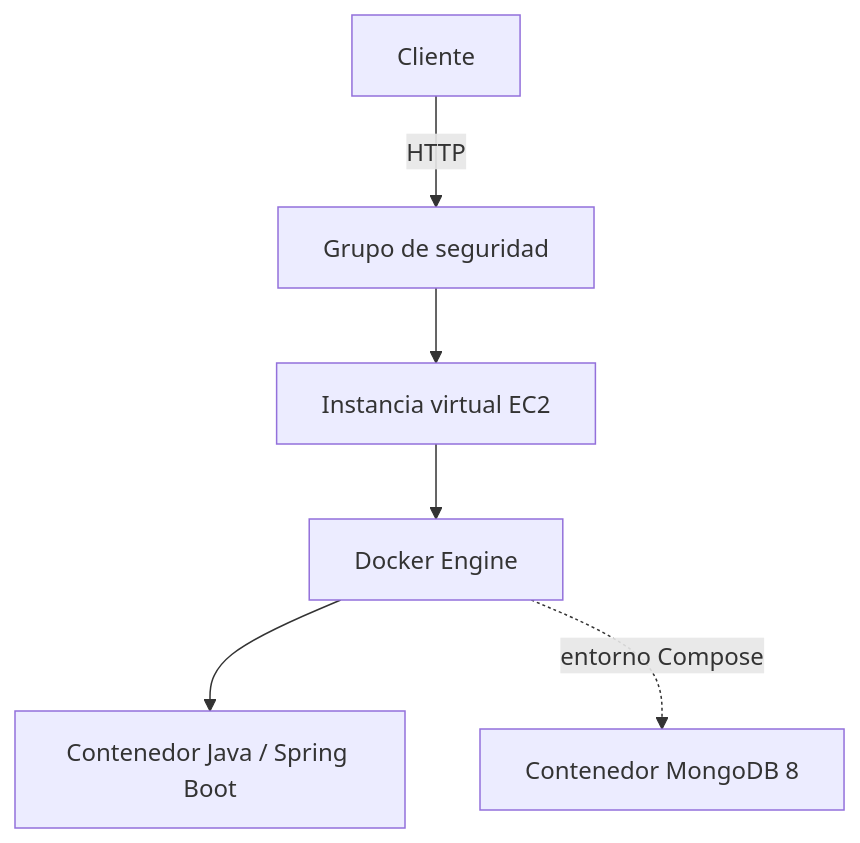
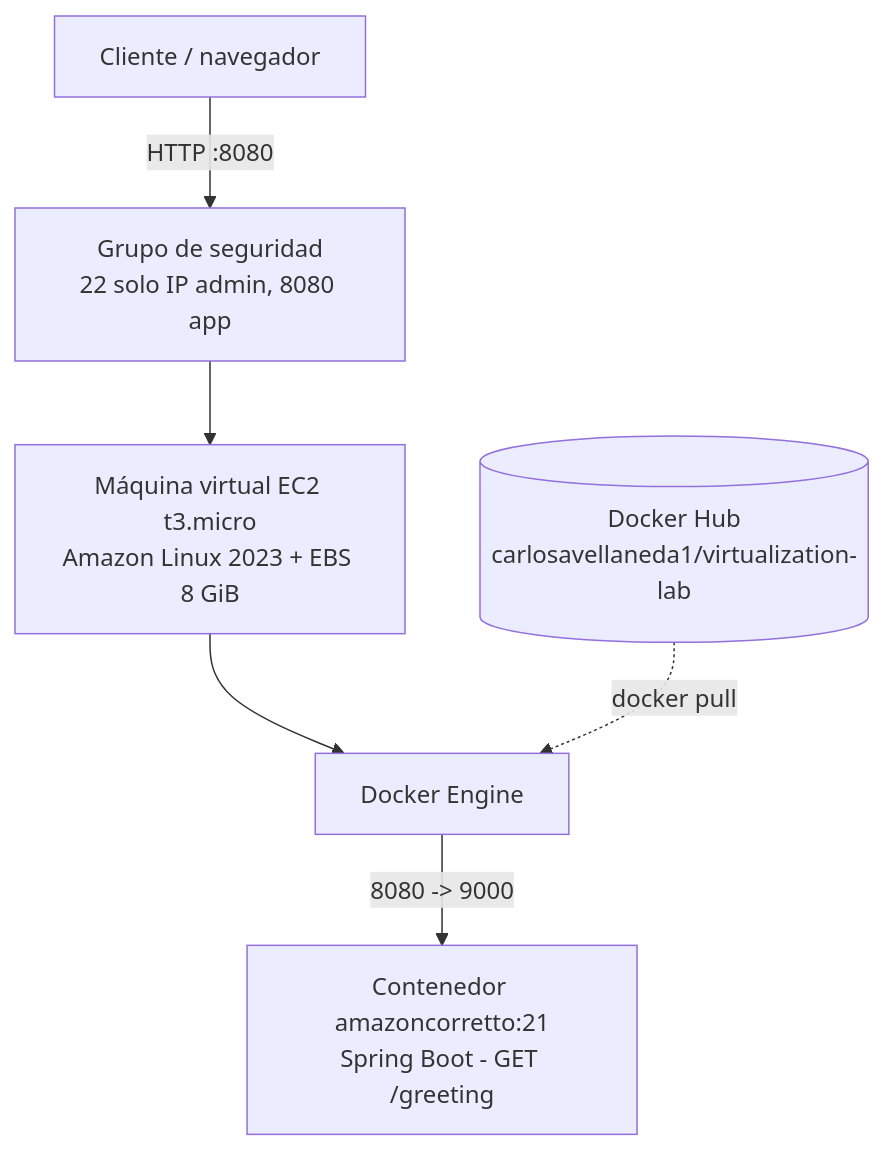
One commit to Carlos-Avellaneda-2/Containerizing-and-Deploying-a-Java-Web-Application-Workshop-implementation changed the diagram in README.md. Above: the diagram before and after it, drawn with Mermaid. The commit also changed other lines of this file and 10 other files, not shown here.

````diff
--- a/README.md
+++ b/README.md
@@ -158,8 +202,8 @@
 ```mermaid
 flowchart TD
-    C[Cliente] -->|HTTP| SG[Grupo de seguridad]
-    SG --> VM[Instancia virtual EC2]
+    C[Cliente / navegador] -->|HTTP :8080| SG[Grupo de seguridad<br/>22 solo IP admin, 8080 app]
+    SG --> VM[Máquina virtual EC2 t3.micro<br/>Amazon Linux 2023 + EBS 8 GiB]
     VM --> DE[Docker Engine]
-    DE --> APP[Contenedor Java / Spring Boot]
-    DE -. entorno Compose .-> DB[Contenedor MongoDB 8]
+    DE -->|8080 -> 9000| APP[Contenedor amazoncorretto:21<br/>Spring Boot - GET /greeting]
+    HUB[(Docker Hub<br/>carlosavellaneda1/virtualization-lab)] -. docker pull .-> DE
 ```
````
